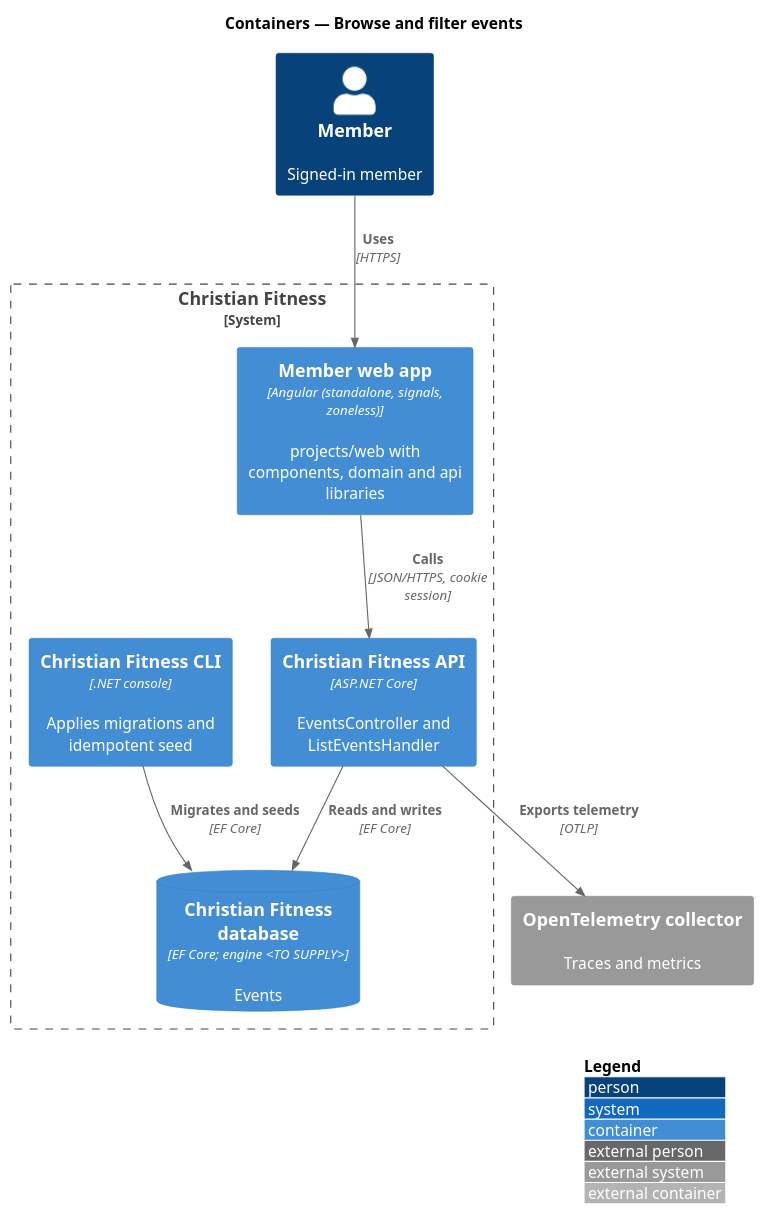
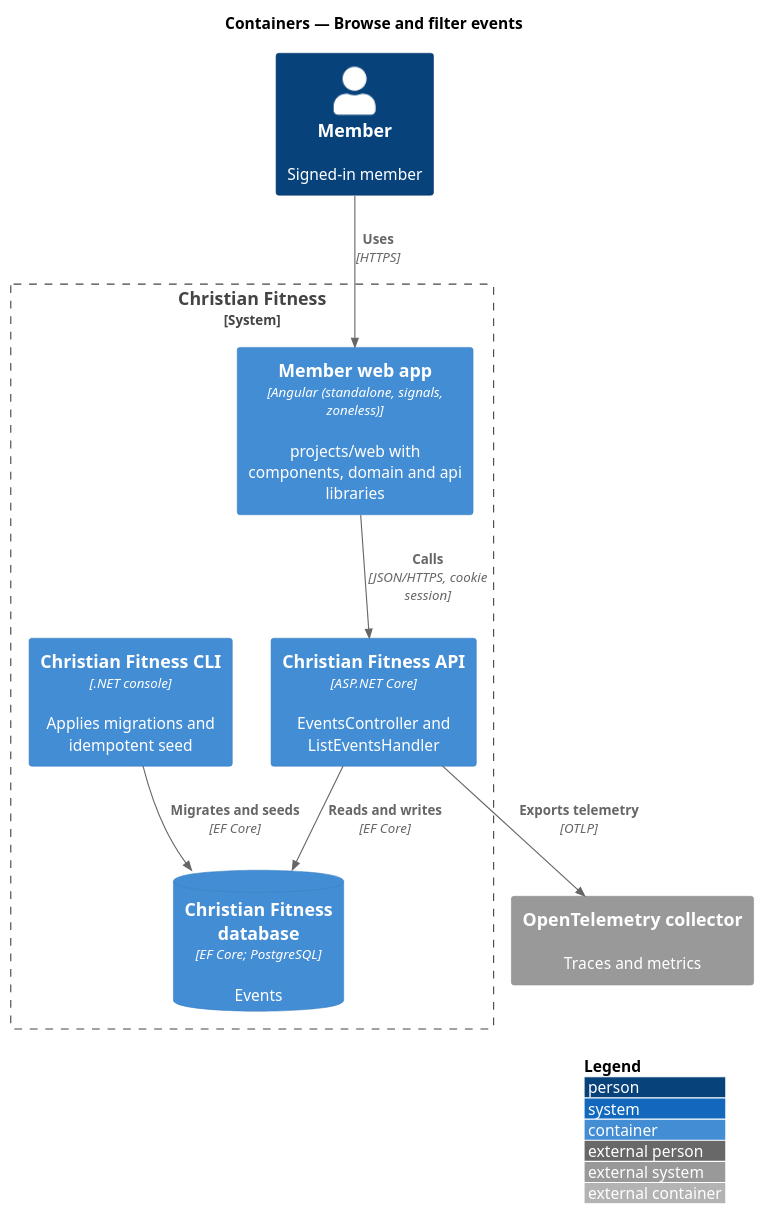
Before and after one commit to QuinntyneBrown/christian-fitness: the diagram in docs/detailed-designs/events/browse-events/diagrams/c4-container.puml, drawn with PlantUML. The commit also changed 137 other files, not shown here.

First line of the commit message:
Align slice 1.2 requirements and designs: PostgreSQL, settings page, health and ProblemDetails codes

```diff
--- a/docs/detailed-designs/events/browse-events/diagrams/c4-container.puml
+++ b/docs/detailed-designs/events/browse-events/diagrams/c4-container.puml
@@ -1,19 +1,19 @@
 @startuml
 !include <C4/C4_Container>
 LAYOUT_WITH_LEGEND()
 title Containers — Browse and filter events
 
 Person(member, "Member", "Signed-in member")
 System_Boundary(cf, "Christian Fitness") {
   Container(web, "Member web app", "Angular (standalone, signals, zoneless)", "projects/web with components, domain and api libraries")
   Container(api, "Christian Fitness API", "ASP.NET Core", "EventsController and ListEventsHandler")
-  ContainerDb(db, "Christian Fitness database", "EF Core; engine <TO SUPPLY>", "Events")
+  ContainerDb(db, "Christian Fitness database", "EF Core; PostgreSQL", "Events")
   Container(cli, "Christian Fitness CLI", ".NET console", "Applies migrations and idempotent seed")
 }
 System_Ext(otel, "OpenTelemetry collector", "Traces and metrics")
 Rel(member, web, "Uses", "HTTPS")
 Rel(web, api, "Calls", "JSON/HTTPS, cookie session")
 Rel(api, db, "Reads and writes", "EF Core")
 Rel(cli, db, "Migrates and seeds", "EF Core")
 Rel(api, otel, "Exports telemetry", "OTLP")
 @enduml
```
